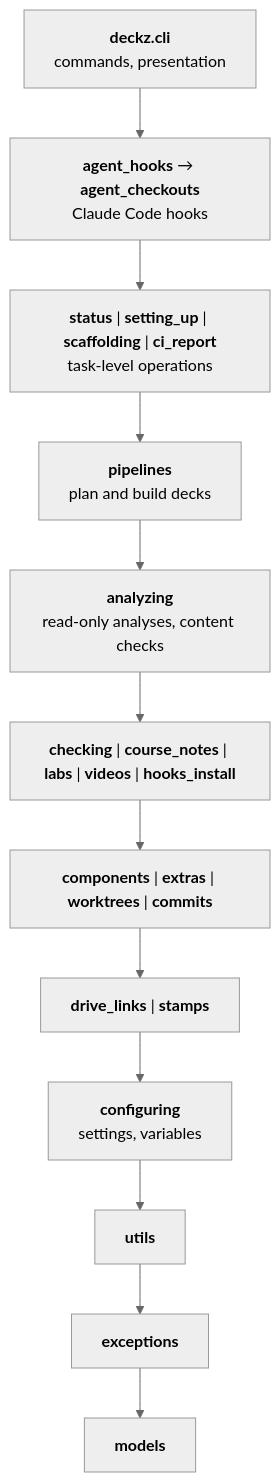
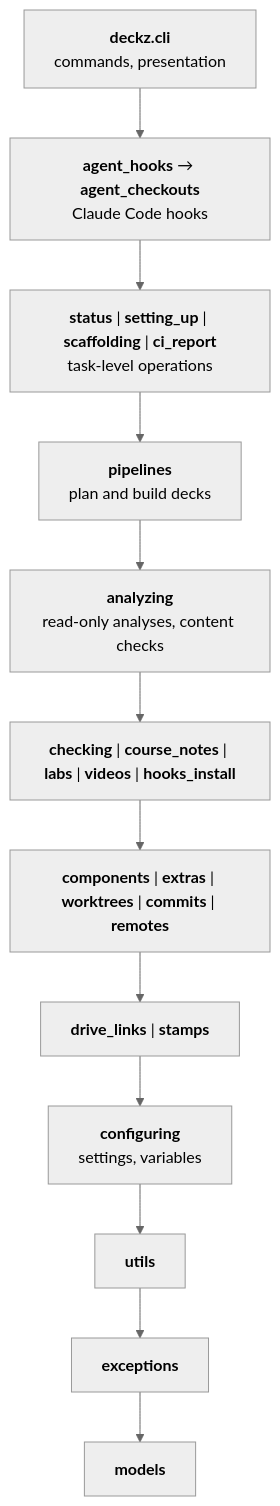
One commit to shuuchuu/deckz changed the second of 2 diagrams in docs/architecture/index.md. Above: the diagram before and after it, drawn with Mermaid (neutral theme). The commit also changed other lines of this file and 6 other files, not shown here.

````diff
--- a/docs/architecture/index.md
+++ b/docs/architecture/index.md
@@ -59,16 +60,16 @@
 ```mermaid
 flowchart TB
     cli["<b>deckz.cli</b><br/>commands, presentation"]
     agent["<b>agent_hooks</b> → <b>agent_checkouts</b><br/>Claude Code hooks"]
     tasks["<b>status</b> | <b>setting_up</b> | <b>scaffolding</b> | <b>ci_report</b><br/>task-level operations"]
     pipelines["<b>pipelines</b><br/>plan and build decks"]
     analyzing["<b>analyzing</b><br/>read-only analyses, content checks"]
     mid["<b>checking</b> | <b>course_notes</b> | <b>labs</b> | <b>videos</b> | <b>hooks_install</b>"]
-    components["<b>components</b> | <b>extras</b> | <b>worktrees</b> | <b>commits</b>"]
+    components["<b>components</b> | <b>extras</b> | <b>worktrees</b> | <b>commits</b> | <b>remotes</b>"]
     low["<b>drive_links</b> | <b>stamps</b>"]
     configuring["<b>configuring</b><br/>settings, variables"]
     utils["<b>utils</b>"]
     exceptions["<b>exceptions</b>"]
     models["<b>models</b>"]
     cli --> agent --> tasks --> pipelines --> analyzing --> mid --> components --> low --> configuring --> utils --> exceptions --> models
 ```
````
